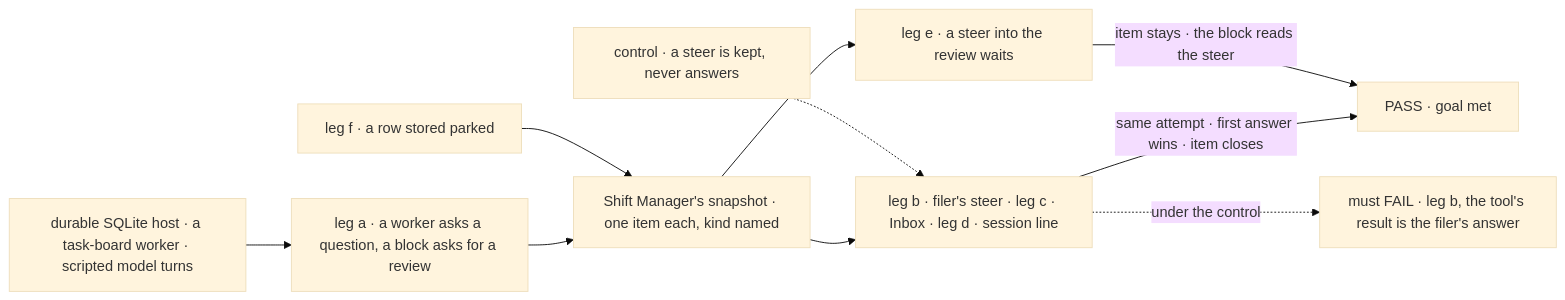
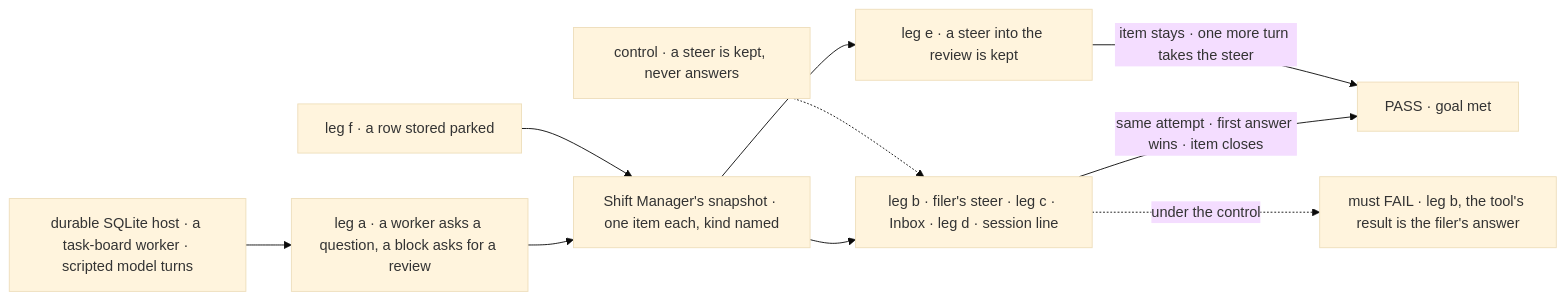
Before and after one commit to fixpoint-labs/flow-state-dev: the first of 2 diagrams in specs/issues/FIX-2131/SPEC.md, drawn with Mermaid (base theme). The commit also changed other lines of this file and 1 other file, not shown here.

First line of the commit message:
spec(FIX-2131): round 1 — session line as a steer, every parked surface named

````diff
--- a/specs/issues/FIX-2131/SPEC.md
+++ b/specs/issues/FIX-2131/SPEC.md
@@ -29,12 +29,12 @@
 ```mermaid
 flowchart LR
   H["durable SQLite host · a task-board worker · scripted model turns"] --> A["leg a · a worker asks a question, a block asks for a review"]
   A --> I["Shift Manager's snapshot · one item each, kind named"]
   I --> B["leg b · filer's steer · leg c · Inbox · leg d · session line"]
-  I --> W["leg e · a steer into the review waits"]
+  I --> W["leg e · a steer into the review is kept"]
   L["leg f · a row stored parked"] --> I
   B -->|"same attempt · first answer wins · item closes"| P["PASS · goal met"]
-  W -->|"item stays · the block reads the steer"| P
+  W -->|"item stays · one more turn takes the steer"| P
   C["control · a steer is kept, never answers"] -.-> B
   B -.->|"under the control"| F["must FAIL · leg b, the tool's result is the filer's answer"]
 ```
````
